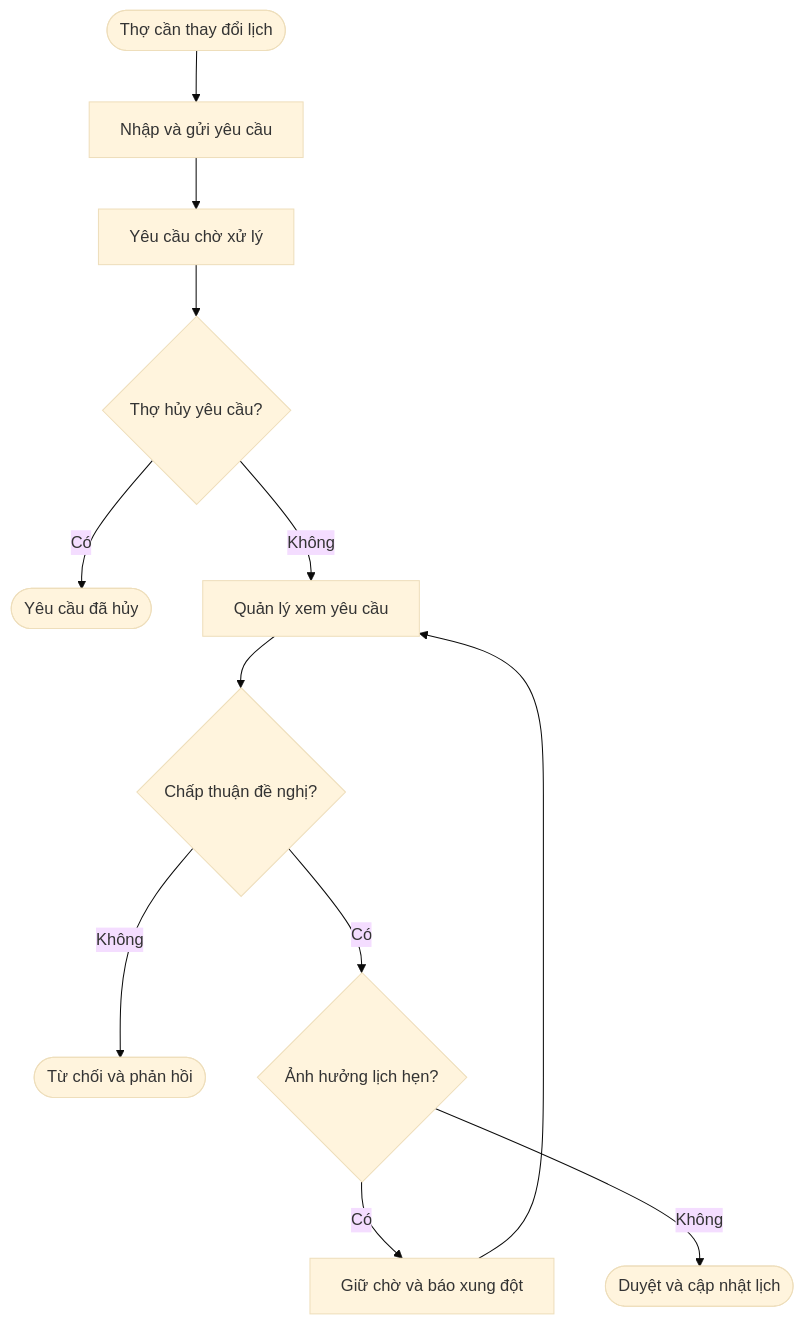
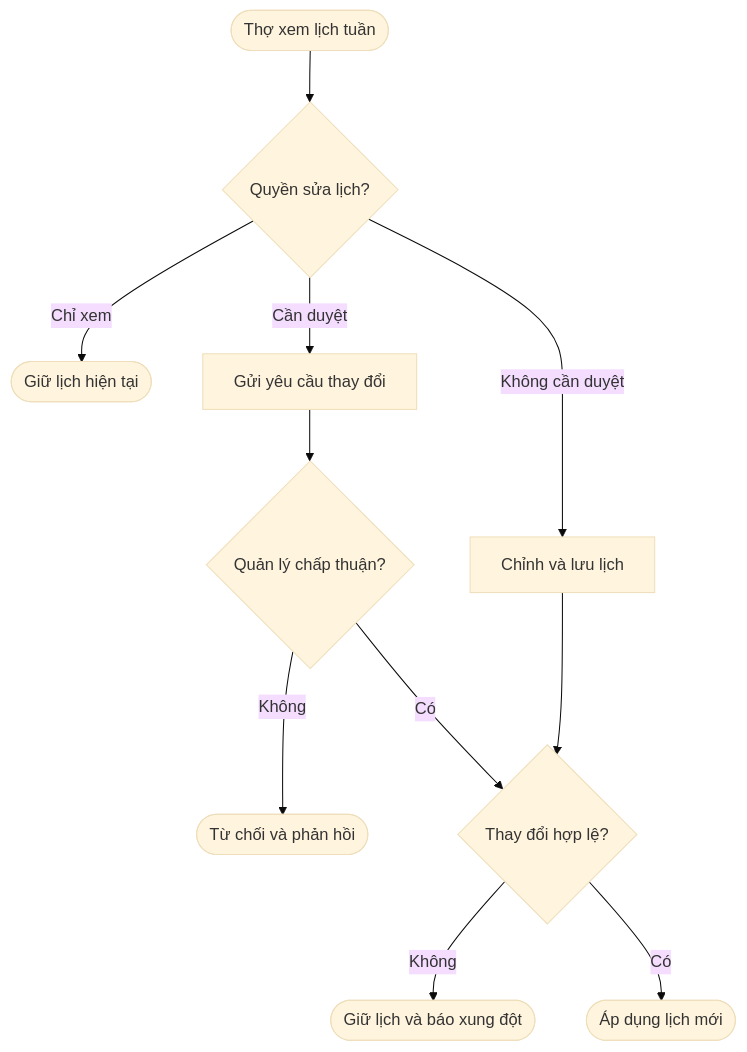
Before and after one commit to vlink-group/VlinkPay: the second of 6 diagrams in nexora/docs/business/pos-staff-schedule-booking-frontend-upgrade.md, drawn with Mermaid (base theme). The commit also changed other lines of this file, not shown here.

````diff
--- a/nexora/docs/business/pos-staff-schedule-booking-frontend-upgrade.md
+++ b/nexora/docs/business/pos-staff-schedule-booking-frontend-upgrade.md
@@ -209,14 +176,13 @@
 ```mermaid
 flowchart TD
-    A([Thợ cần thay đổi lịch]) --> B[Nhập và gửi yêu cầu]
-    B --> C[Yêu cầu chờ xử lý]
-    C --> D{Thợ hủy yêu cầu?}
-    D -- Có --> E([Yêu cầu đã hủy])
-    D -- Không --> F[Quản lý xem yêu cầu]
-    F --> G{Chấp thuận đề nghị?}
-    G -- Không --> H([Từ chối và phản hồi])
-    G -- Có --> I{Ảnh hưởng lịch hẹn?}
-    I -- Có --> J[Giữ chờ và báo xung đột]
-    J --> F
-    I -- Không --> K([Duyệt và cập nhật lịch])
+    A([Thợ xem lịch tuần]) --> B{Quyền sửa lịch?}
+    B -- Chỉ xem --> C([Giữ lịch hiện tại])
+    B -- Cần duyệt --> D[Gửi yêu cầu thay đổi]
+    B -- Không cần duyệt --> E[Chỉnh và lưu lịch]
+    D --> F{Quản lý chấp thuận?}
+    F -- Không --> G([Từ chối và phản hồi])
+    F -- Có --> H{Thay đổi hợp lệ?}
+    E --> H
+    H -- Không --> I([Giữ lịch và báo xung đột])
+    H -- Có --> J([Áp dụng lịch mới])
 ```
````
